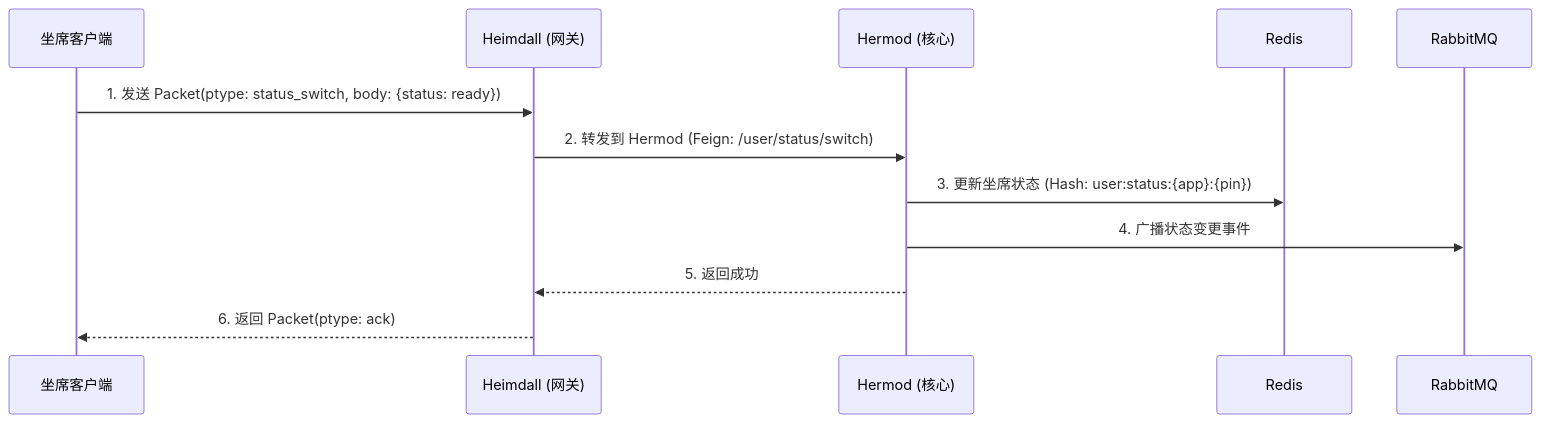
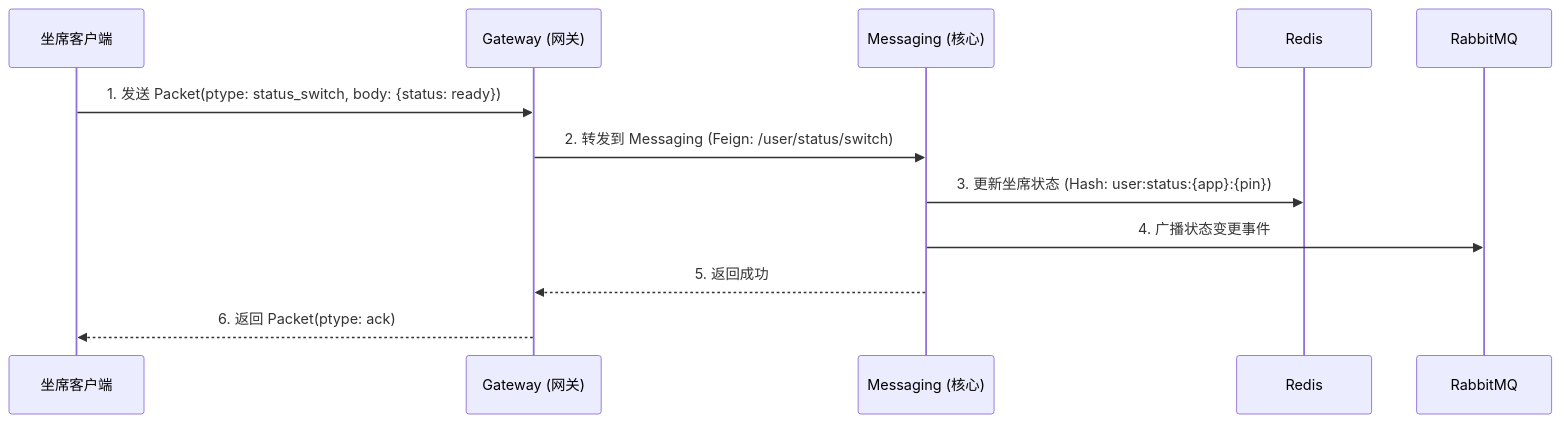
Before and after one commit to givingwu/bifrost-chat: the eighth of 13 diagrams in specs/bifrost-client-integration-guide.md, drawn with Mermaid. The commit also changed other lines of this file and 53 other files, not shown here.

````diff
--- a/specs/bifrost-client-integration-guide.md
+++ b/specs/bifrost-client-integration-guide.md
@@ -934,15 +934,15 @@
 ```mermaid
 sequenceDiagram
     participant C as 坐席客户端
-    participant H as Heimdall (网关)
-    participant HM as Hermod (核心)
+    participant H as Gateway (网关)
+    participant HM as Messaging (核心)
     participant R as Redis
     participant MQ as RabbitMQ
 
     C->>H: 1. 发送 Packet(ptype: status_switch, body: {status: ready})
-    H->>HM: 2. 转发到 Hermod (Feign: /user/status/switch)
+    H->>HM: 2. 转发到 Messaging (Feign: /user/status/switch)
     HM->>R: 3. 更新坐席状态 (Hash: user:status:{app}:{pin})
     HM->>MQ: 4. 广播状态变更事件
     HM-->>H: 5. 返回成功
     H-->>C: 6. 返回 Packet(ptype: ack)
 ```
````
